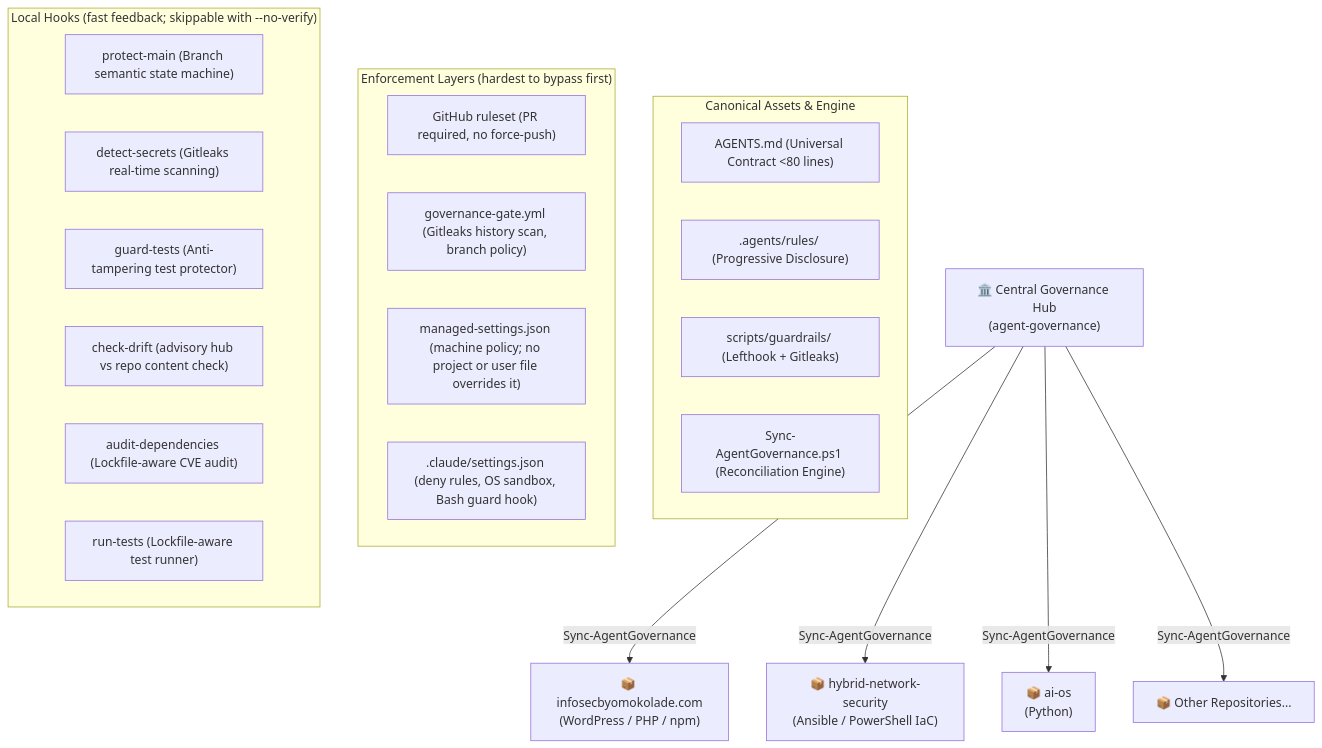
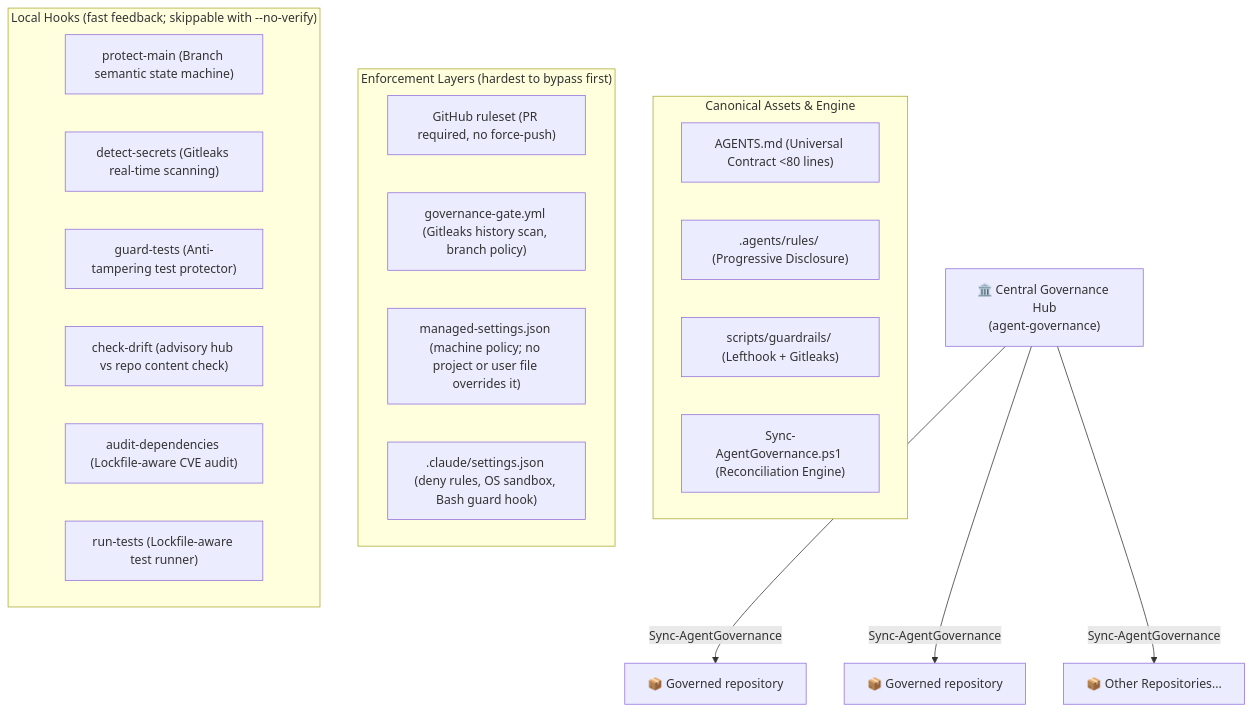
One commit to kolade-ogunleye/agent-governance changed the diagram in README.md. Above: the diagram before and after it, drawn with Mermaid. The commit also changed 4 other files, not shown here.

First line of the commit message:
chore(security): prepare the hub to go public

````diff
--- a/README.md
+++ b/README.md
@@ -11,30 +11,29 @@
 ```mermaid
 flowchart TD
-    Hub["🏛️ Central Governance Hub<br>(agent-governance)"] -->|Sync-AgentGovernance| R1["📦 infosecbyomokolade.com<br>(WordPress / PHP / npm)"]
-    Hub -->|Sync-AgentGovernance| R3["📦 hybrid-network-security<br>(Ansible / PowerShell IaC)"]
-    Hub -->|Sync-AgentGovernance| R4["📦 ai-os<br>(Python)"]
+    Hub["🏛️ Central Governance Hub<br>(agent-governance)"] -->|Sync-AgentGovernance| R1["📦 Governed repository"]
+    Hub -->|Sync-AgentGovernance| R3["📦 Governed repository"]
     Hub -->|Sync-AgentGovernance| RN["📦 Other Repositories..."]
 
     subgraph HubContent["Canonical Assets & Engine"]
         T_AGENTS["AGENTS.md (Universal Contract <80 lines)"]
         T_RULES[".agents/rules/ (Progressive Disclosure)"]
         T_GUARDS["scripts/guardrails/ (Lefthook + Gitleaks)"]
         T_ENGINE["Sync-AgentGovernance.ps1 (Reconciliation Engine)"]
     end
 
     subgraph Enforcement["Enforcement Layers (hardest to bypass first)"]
         E_RULESET["GitHub ruleset (PR required, no force-push)"]
         E_CI["governance-gate.yml (Gitleaks history scan, branch policy)"]
         E_MANAGED["managed-settings.json (machine policy; no project or user file overrides it)"]
         E_AGENT[".claude/settings.json (deny rules, OS sandbox, Bash guard hook)"]
     end
 
     subgraph Guardrails["Local Hooks (fast feedback; skippable with --no-verify)"]
         G_MAIN["protect-main (Branch semantic state machine)"]
         G_SECRETS["detect-secrets (Gitleaks real-time scanning)"]
         G_TESTS["guard-tests (Anti-tampering test protector)"]
         G_DRIFT["check-drift (advisory hub vs repo content check)"]
         G_SUPPLY["audit-dependencies (Lockfile-aware CVE audit)"]
         G_RUNNER["run-tests (Lockfile-aware test runner)"]
     end
 ```
````
